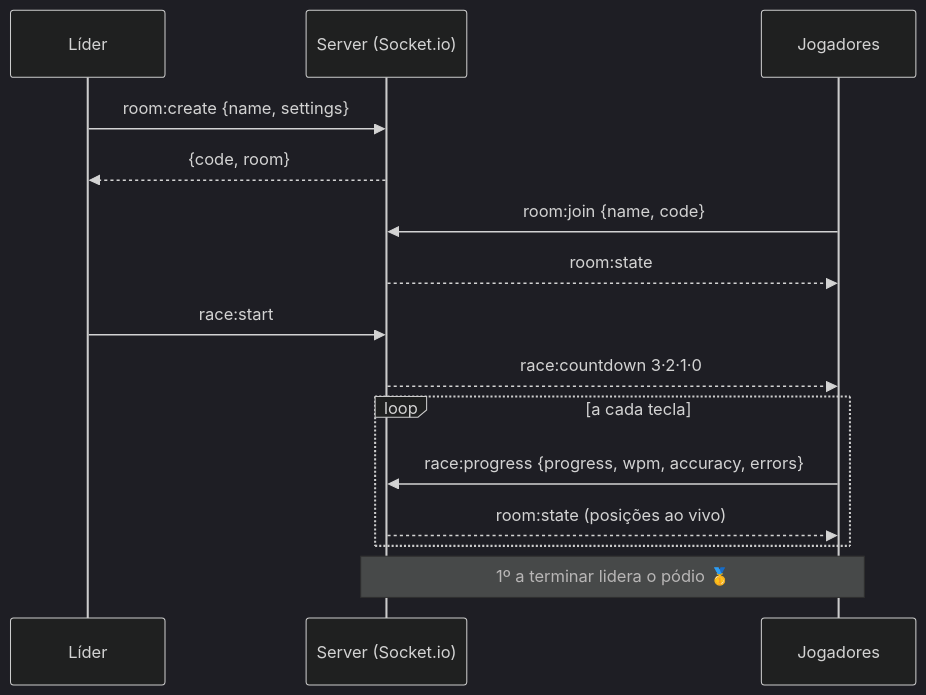
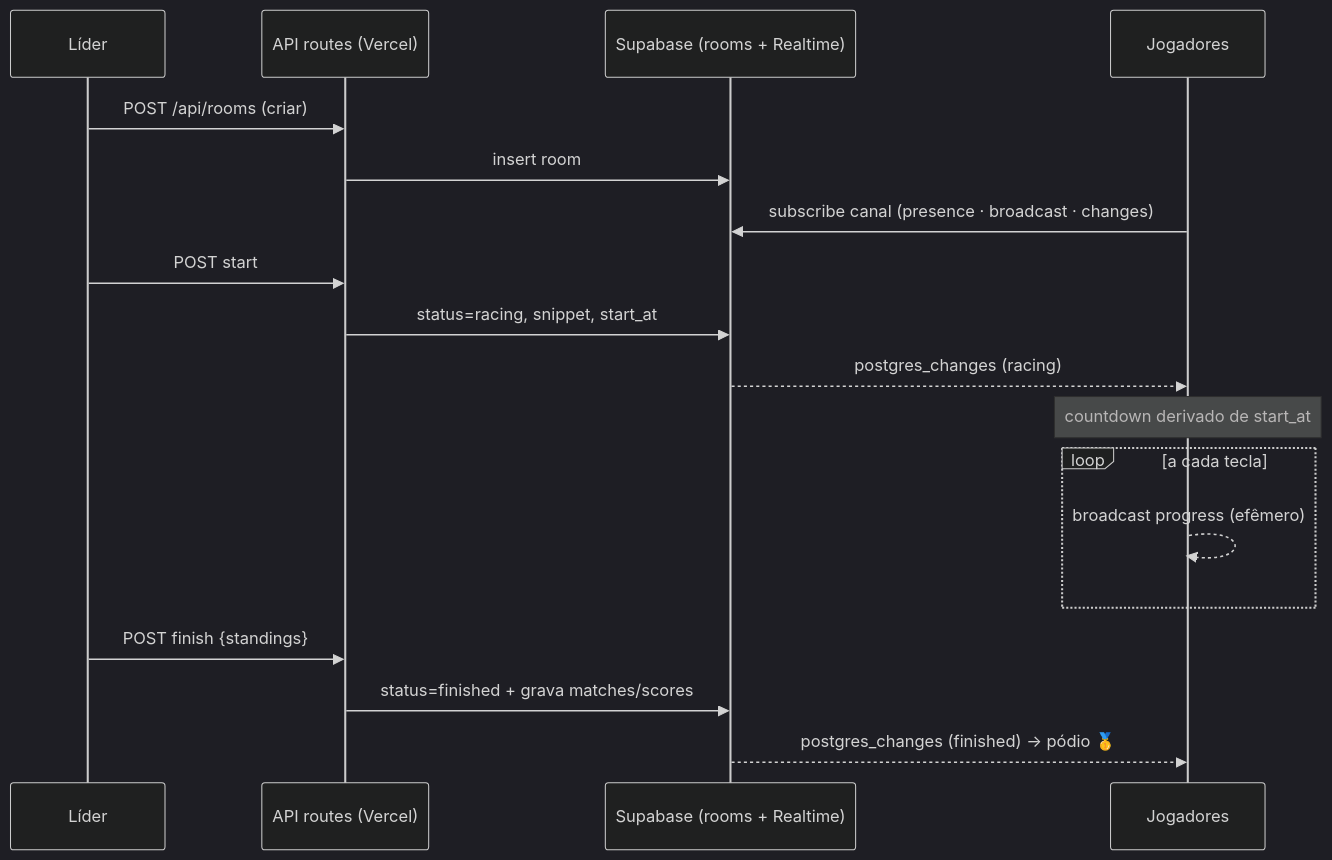
Before and after one commit to caioross/CodeRacer: the first of 2 diagrams in README.md, drawn with Mermaid (dark theme). The commit also changed other lines of this file and 24 other files, not shown here.

First line of the commit message:
Migrate from Socket.io to Supabase Realtime

````diff
--- a/README.md
+++ b/README.md
@@ -177,17 +194,20 @@
 ```mermaid
 sequenceDiagram
     participant L as Líder
-    participant S as Server (Socket.io)
+    participant API as API routes (Vercel)
+    participant DB as Supabase (rooms + Realtime)
     participant P as Jogadores
-    L->>S: room:create {name, settings}
-    S-->>L: {code, room}
-    P->>S: room:join {name, code}
-    S-->>P: room:state
-    L->>S: race:start
-    S-->>P: race:countdown 3·2·1·0
+    L->>API: POST /api/rooms (criar)
+    API->>DB: insert room
+    P->>DB: subscribe canal (presence · broadcast · changes)
+    L->>API: POST start
+    API->>DB: status=racing, snippet, start_at
+    DB-->>P: postgres_changes (racing)
+    Note over P: countdown derivado de start_at
     loop a cada tecla
-        P->>S: race:progress {progress, wpm, accuracy, errors}
-        S-->>P: room:state (posições ao vivo)
+        P-->>P: broadcast progress (efêmero)
     end
-    Note over S,P: 1º a terminar lidera o pódio 🥇
+    L->>API: POST finish {standings}
+    API->>DB: status=finished + grava matches/scores
+    DB-->>P: postgres_changes (finished) → pódio 🥇
 ```
````
